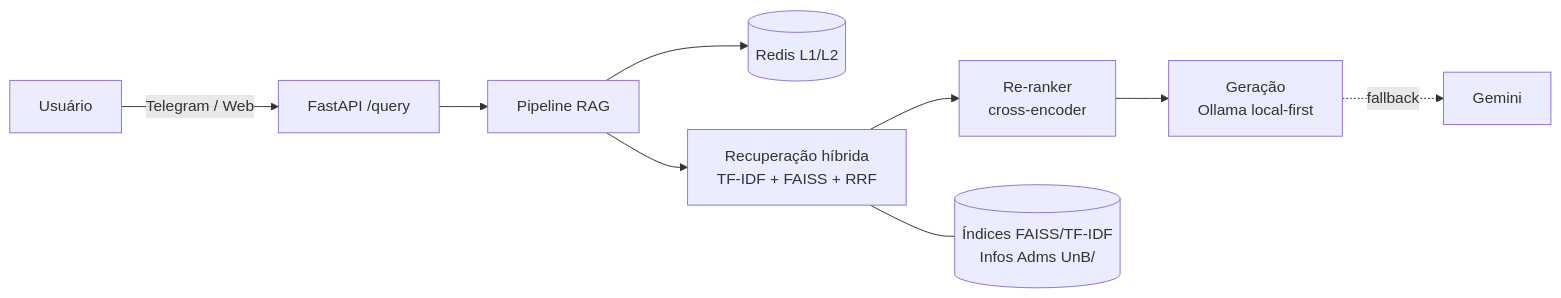
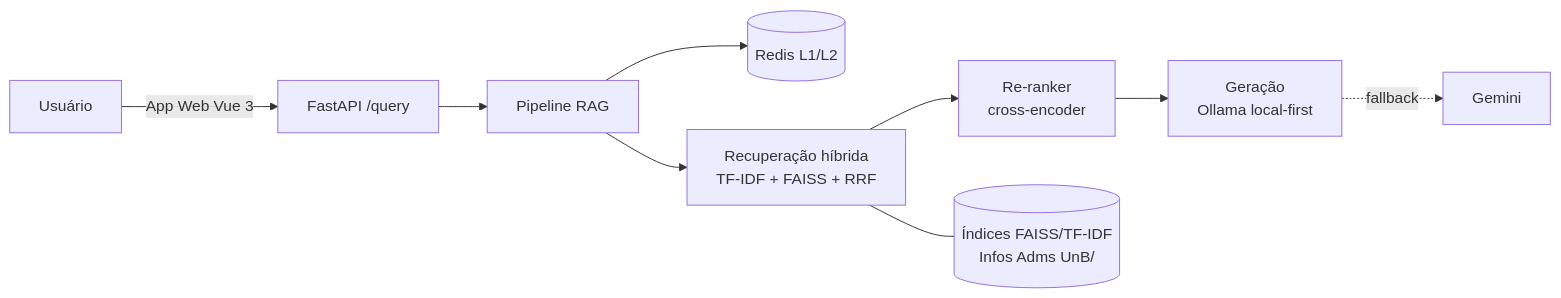
One commit to caioalvesbraga/FCTEBot changed the diagram in docs/index.md. Above: the diagram before and after it, drawn with Mermaid. The commit also changed other lines of this file and 9 other files, not shown here.

````diff
--- a/docs/index.md
+++ b/docs/index.md
@@ -55,11 +55,11 @@
 ```mermaid
 flowchart LR
-    U[Usuário] -->|Telegram / Web| API[FastAPI /query]
+    U[Usuário] -->|App Web Vue 3| API[FastAPI /query]
     API --> P[Pipeline RAG]
     P --> C[(Redis L1/L2)]
     P --> R[Recuperação híbrida<br/>TF-IDF + FAISS + RRF]
     R --> RR[Re-ranker<br/>cross-encoder]
     RR --> G[Geração<br/>Ollama local-first]
     G -.fallback.-> GM[Gemini]
     R --- KB[(Índices FAISS/TF-IDF<br/>Infos Adms UnB/)]
 ```
````
